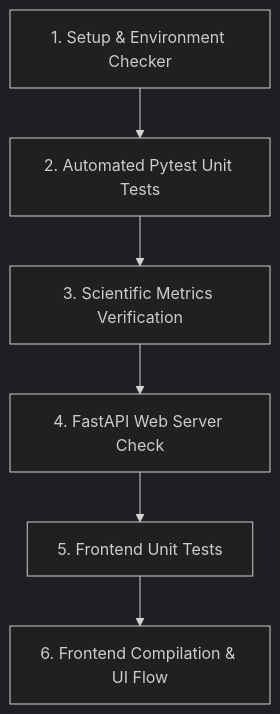
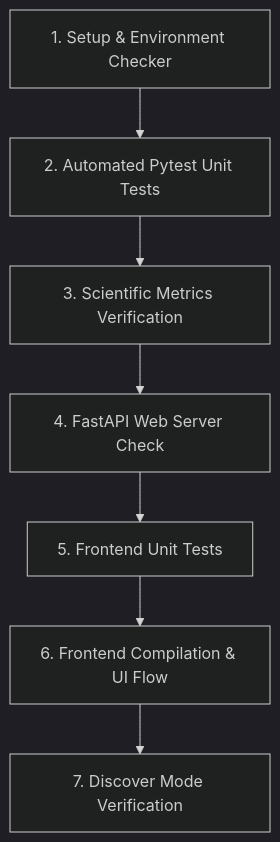
The diagram in docs/testing/VERIFICATION.md (voidomin/AlignX), drawn with Mermaid (dark theme) before and after one commit. The commit also changed other lines of this file and 3 other files, not shown here.

````diff
--- a/docs/testing/VERIFICATION.md
+++ b/docs/testing/VERIFICATION.md
@@ -11,8 +11,9 @@
 ```mermaid
 graph TD
     A[1. Setup & Environment Checker] --> B[2. Automated Pytest Unit Tests]
     B --> C[3. Scientific Metrics Verification]
     C --> D[4. FastAPI Web Server Check]
     D --> E[5. Frontend Unit Tests]
     E --> F[6. Frontend Compilation & UI Flow]
+    F --> G[7. Discover Mode Verification]
 ```
````
